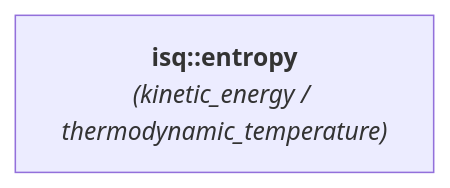
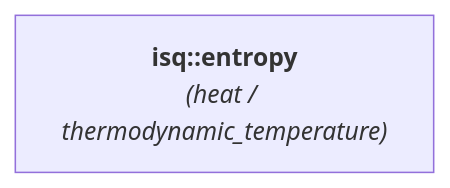
One commit to mpusz/mp-units changed the diagram in docs/reference/systems_reference/hierarchies/entropy.md. Above: the diagram before and after it, drawn with Mermaid. The commit also changed 83 other files, not shown here.

````diff
--- a/docs/reference/systems_reference/hierarchies/entropy.md
+++ b/docs/reference/systems_reference/hierarchies/entropy.md
@@ -8,4 +8,4 @@
 ```mermaid
 flowchart LR
-    isq_entropy["<b><a href="../../systems/isq/#entropy" style="color: var(--md-mermaid-label-fg-color); text-decoration: none;">isq::entropy</a></b><br><i>(<a href="../../systems/isq/#kinetic_energy" style="color: var(--md-mermaid-label-fg-color); text-decoration: none;">kinetic_energy</a> / <a href="../../systems/isq/#thermodynamic_temperature" style="color: var(--md-mermaid-label-fg-color); text-decoration: none;">thermodynamic_temperature</a>)</i>"]
+    isq_entropy["<b><a href="../../systems/isq/#entropy" style="color: var(--md-mermaid-label-fg-color); text-decoration: none;">isq::entropy</a></b><br><i>(<a href="../../systems/isq/#heat" style="color: var(--md-mermaid-label-fg-color); text-decoration: none;">heat</a> / <a href="../../systems/isq/#thermodynamic_temperature" style="color: var(--md-mermaid-label-fg-color); text-decoration: none;">thermodynamic_temperature</a>)</i>"]
 ```
````
